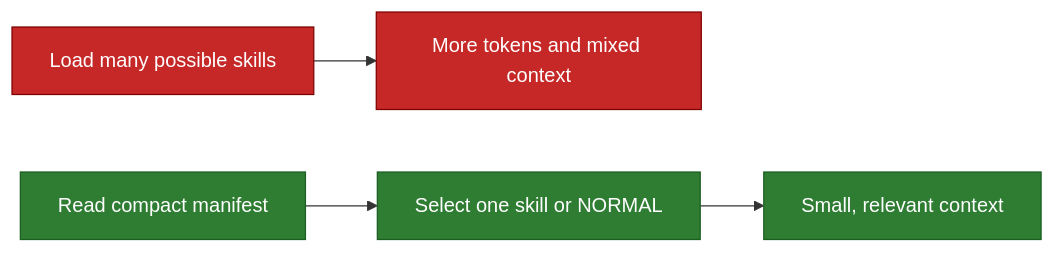
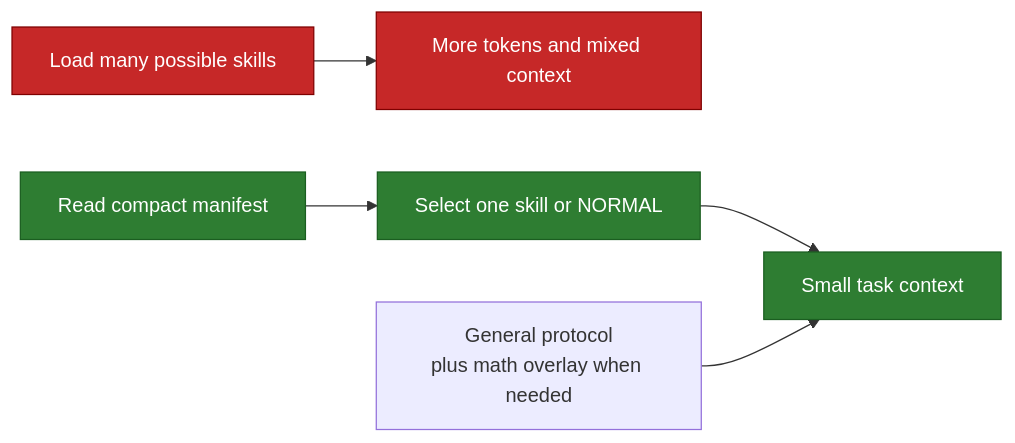
The diagram in docs/human/00_START_HERE.md (geekybobz/skills_ai), drawn with Mermaid before and after one commit. The commit also changed other lines of this file and 199 other files, not shown here.

````diff
--- a/docs/human/00_START_HERE.md
+++ b/docs/human/00_START_HERE.md
@@ -18,11 +18,12 @@
 ```mermaid
 flowchart LR
     OLD["Load many possible skills"] --> COST["More tokens and mixed context"]
     NEW["Read compact manifest"] --> PICK["Select one skill or NORMAL"]
-    PICK --> FOCUS["Small, relevant context"]
+    PICK --> FOCUS["Small task context"]
+    PROTOCOL["General protocol<br/>plus math overlay when needed"] --> FOCUS
 
     classDef old fill:#C62828,color:#fff,stroke:#7F0000
     classDef new fill:#2E7D32,color:#fff,stroke:#1B5E20
     class OLD,COST old
     class NEW,PICK,FOCUS new
 ```
````
